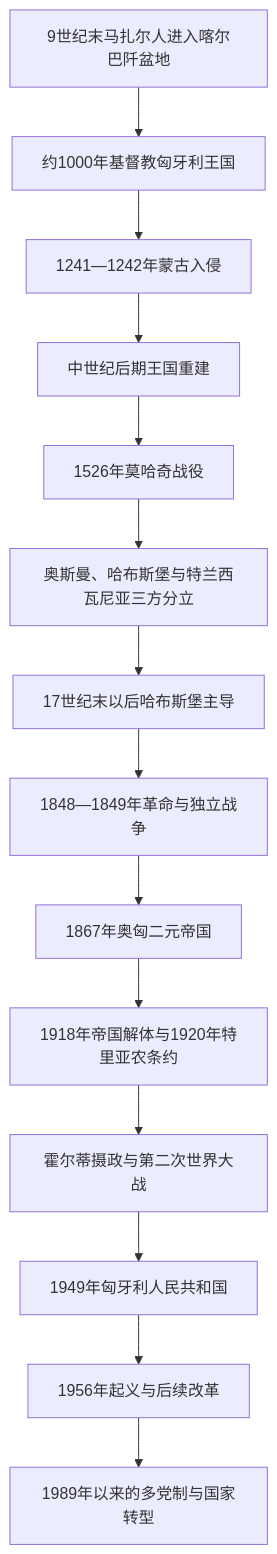
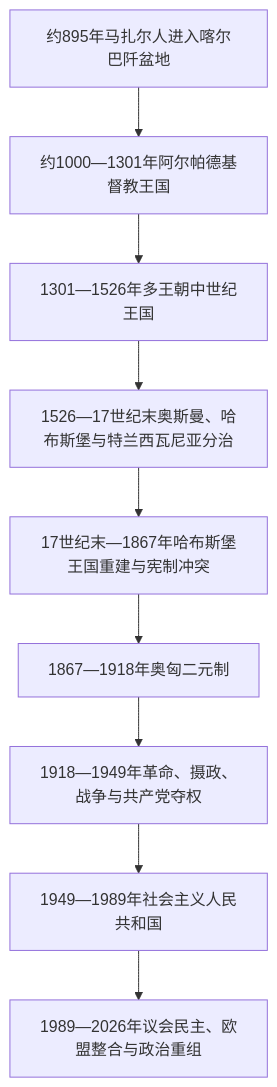
Before and after one commit to tianlan-dev/learning-notes: the diagram in 人文科学/历史/欧洲/匈牙利/README.md, drawn with Mermaid. The commit also changed other lines of this file and 1417 other files, not shown here.

````diff
--- a/人文科学/历史/欧洲/匈牙利/README.md
+++ b/人文科学/历史/欧洲/匈牙利/README.md
@@ -17,16 +13,11 @@
 ```mermaid
 flowchart TD
-    Migration["9世纪末马扎尔人进入喀尔巴阡盆地"] --> Kingdom["约1000年基督教匈牙利王国"]
-    Kingdom --> Mongol["1241—1242年蒙古入侵"]
-    Mongol --> LateMedieval["中世纪后期王国重建"]
-    LateMedieval --> Mohacs["1526年莫哈奇战役"]
-    Mohacs --> Partition["奥斯曼、哈布斯堡与特兰西瓦尼亚三方分立"]
-    Partition --> Habsburg["17世纪末以后哈布斯堡主导"]
-    Habsburg --> Revolution["1848—1849年革命与独立战争"]
-    Revolution --> Dual["1867年奥匈二元帝国"]
-    Dual --> Trianon["1918年帝国解体与1920年特里亚农条约"]
-    Trianon --> Horthy["霍尔蒂摄政与第二次世界大战"]
-    Horthy --> Socialist["1949年匈牙利人民共和国"]
-    Socialist --> Uprising["1956年起义与后续改革"]
-    Uprising --> Republic["1989年以来的多党制与国家转型"]
+    Migration["约895年马扎尔人进入喀尔巴阡盆地"] --> Arpad["约1000—1301年阿尔帕德基督教王国"]
+    Arpad --> LateMedieval["1301—1526年多王朝中世纪王国"]
+    LateMedieval --> Partition["1526—17世纪末奥斯曼、哈布斯堡与特兰西瓦尼亚分治"]
+    Partition --> Habsburg["17世纪末—1867年哈布斯堡王国重建与宪制冲突"]
+    Habsburg --> Dual["1867—1918年奥匈二元制"]
+    Dual --> Interwar["1918—1949年革命、摄政、战争与共产党夺权"]
+    Interwar --> Socialist["1949—1989年社会主义人民共和国"]
+    Socialist --> Parliamentary["1989—2026年议会民主、欧盟整合与政治重组"]
 ```
````
